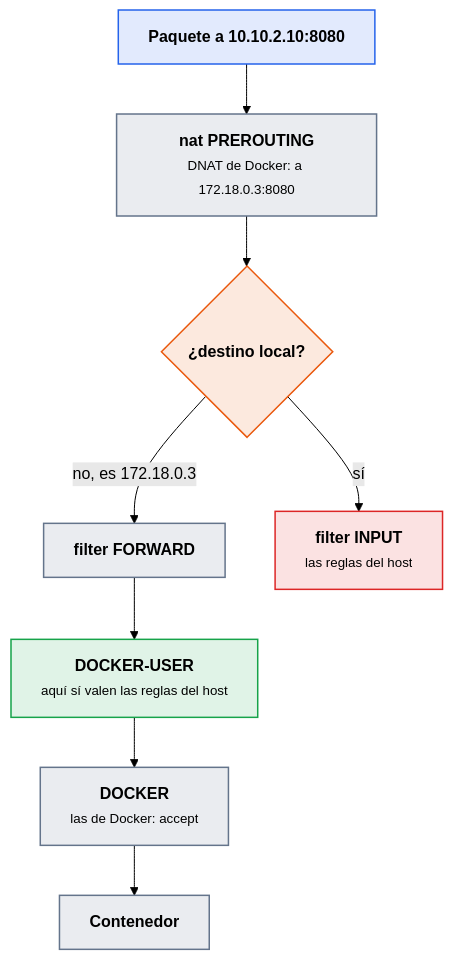
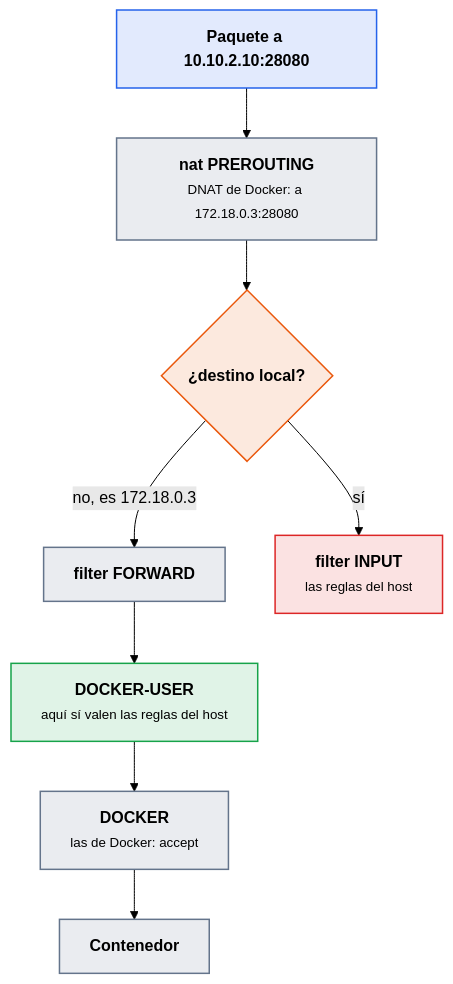
One commit to victor-educ/apuntes-5169 changed the third of 5 diagrams in docs/ut/ut3-seguridad-monitorizacion.md. Above: the diagram before and after it, drawn with Mermaid (forest theme). The commit also changed other lines of this file and 13 other files, not shown here.

````diff
--- a/docs/ut/ut3-seguridad-monitorizacion.md
+++ b/docs/ut/ut3-seguridad-monitorizacion.md
@@ -277,20 +277,20 @@
 ```mermaid
 flowchart TB
-    IN["<b>Paquete a 10.10.2.10:8080</b>"]:::dato
-    PRE["<b>nat PREROUTING</b><br><small>DNAT de Docker: a 172.18.0.3:8080</small>"]:::pieza
+    IN["<b>Paquete a 10.10.2.10:28080</b>"]:::dato
+    PRE["<b>nat PREROUTING</b><br><small>DNAT de Docker: a 172.18.0.3:28080</small>"]:::pieza
     DEC{"<b>¿destino local?</b>"}:::act
     FWD["<b>filter FORWARD</b>"]:::pieza
     INPUT["<b>filter INPUT</b><br><small>las reglas del host</small>"]:::riesgo
     DU["<b>DOCKER-USER</b><br><small>aquí sí valen las reglas del host</small>"]:::ok
     DK["<b>DOCKER</b><br><small>las de Docker: accept</small>"]:::pieza
     CT["<b>Contenedor</b>"]:::pieza
     IN --> PRE --> DEC
     DEC -->|"no, es 172.18.0.3"| FWD --> DU --> DK --> CT
     DEC -->|sí| INPUT
     classDef act fill:#ea580c22,stroke:#ea580c,stroke-width:1.5px
     classDef pieza fill:#64748b22,stroke:#64748b,stroke-width:1.5px
     classDef dato fill:#2563eb22,stroke:#2563eb,stroke-width:1.5px
     classDef infra fill:#a1a1aa14,stroke:#a1a1aa,stroke-width:1.5px
     classDef ok fill:#16a34a22,stroke:#16a34a,stroke-width:1.5px
     classDef riesgo fill:#dc262622,stroke:#dc2626,stroke-width:1.5px
 ```
````
